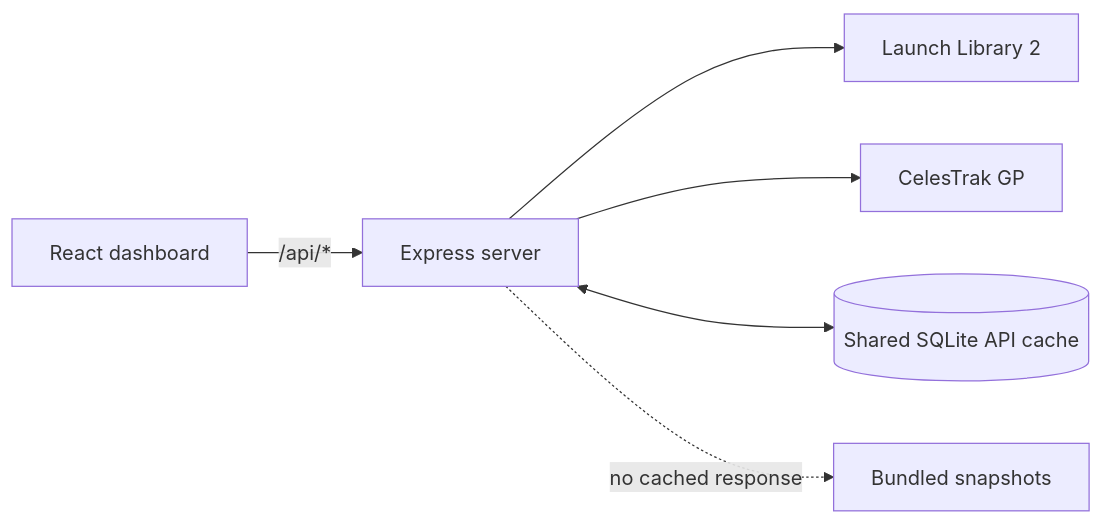
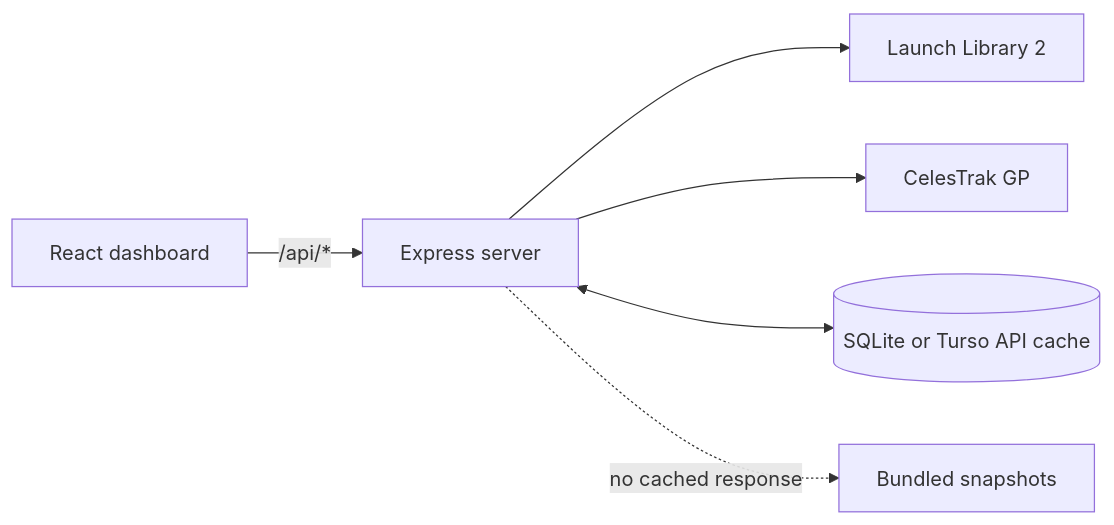
The diagram in ARCHITECTURE.md (mathieulehan/spacex-mission-dashboard), drawn with Mermaid before and after one commit. The commit also changed other lines of this file and 13 other files, not shown here.

````diff
--- a/ARCHITECTURE.md
+++ b/ARCHITECTURE.md
@@ -9,8 +9,8 @@
 ```mermaid
 flowchart LR
     UI[React dashboard] -->|/api/*| API[Express server]
     API --> LL2[Launch Library 2]
     API --> CT[CelesTrak GP]
-    API <--> DB[(Shared SQLite API cache)]
+    API <--> DB[(SQLite or Turso API cache)]
     API -. no cached response .-> BS[Bundled snapshots]
 ```
````
